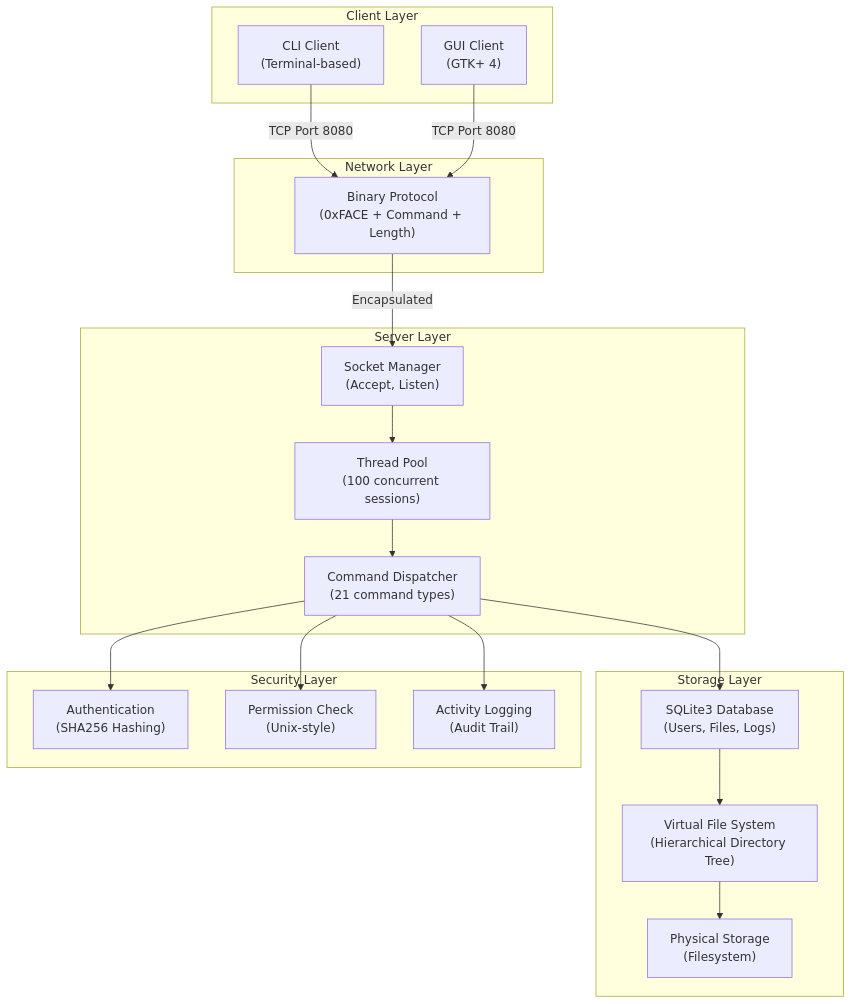
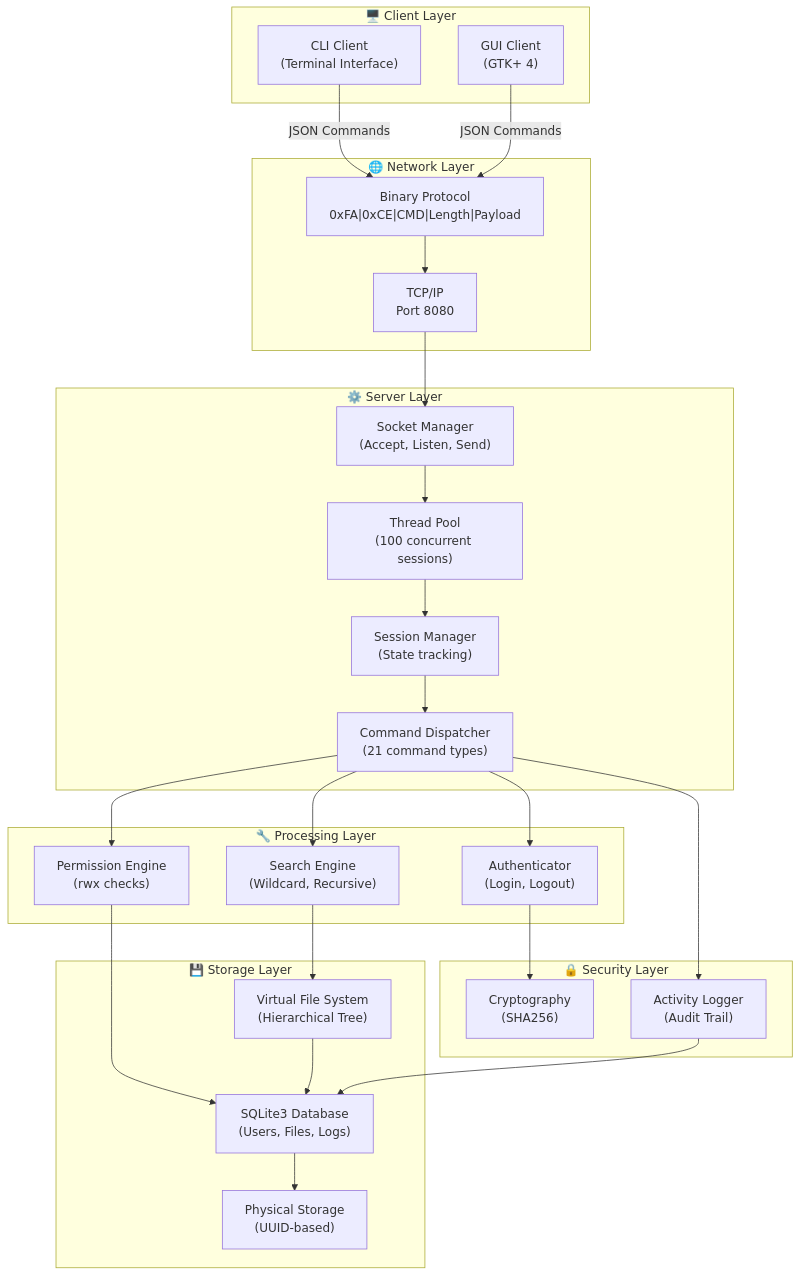
Before and after one commit to luanquangminh/NetworkDemo: the first of 10 diagrams in PROJECT_REPORT.md, drawn with Mermaid. The commit also changed other lines of this file and 37 other files, not shown here.

````diff
--- a/PROJECT_REPORT.md
+++ b/PROJECT_REPORT.md
@@ -49,41 +89,54 @@
 ```mermaid
 graph TB
-    subgraph Clients["Client Layer"]
-        CLI["CLI Client<br/>(Terminal-based)"]
+    subgraph Clients["🖥️ Client Layer"]
+        CLI["CLI Client<br/>(Terminal Interface)"]
         GUI["GUI Client<br/>(GTK+ 4)"]
     end
 
-    subgraph Network["Network Layer"]
-        PROTO["Binary Protocol<br/>(0xFACE + Command + Length)"]
+    subgraph Network["🌐 Network Layer"]
+        PROTO["Binary Protocol<br/>0xFA|0xCE|CMD|Length|Payload"]
+        TCP["TCP/IP<br/>Port 8080"]
     end
 
-    subgraph Server["Server Layer"]
-        SM["Socket Manager<br/>(Accept, Listen)"]
+    subgraph Server["⚙️ Server Layer"]
+        SM["Socket Manager<br/>(Accept, Listen, Send)"]
         TP["Thread Pool<br/>(100 concurrent sessions)"]
         CMD["Command Dispatcher<br/>(21 command types)"]
+        SYS["Session Manager<br/>(State tracking)"]
     end
 
-    subgraph Storage["Storage Layer"]
-        DB["SQLite3 Database<br/>(Users, Files, Logs)"]
-        VFS["Virtual File System<br/>(Hierarchical Directory Tree)"]
-        PHYS["Physical Storage<br/>(Filesystem)"]
+    subgraph Processing["🔧 Processing Layer"]
+        AUTH["Authenticator<br/>(Login, Logout)"]
+        PERM["Permission Engine<br/>(rwx checks)"]
+        SEARCH["Search Engine<br/>(Wildcard, Recursive)"]
     end
 
-    subgraph Security["Security Layer"]
-        AUTH["Authentication<br/>(SHA256 Hashing)"]
-        PERMS["Permission Check<br/>(Unix-style)"]
-        AUDIT["Activity Logging<br/>(Audit Trail)"]
+    subgraph Storage["💾 Storage Layer"]
+        VFS["Virtual File System<br/>(Hierarchical Tree)"]
+        DB["SQLite3 Database<br/>(Users, Files, Logs)"]
+        FS["Physical Storage<br/>(UUID-based)"]
     end
 
-    CLI -->|TCP Port 8080| PROTO
-    GUI -->|TCP Port 8080| PROTO
-    PROTO -->|Encapsulated| SM
+    subgraph Security["🔒 Security Layer"]
+        CRYPTO["Cryptography<br/>(SHA256)"]
+        AUDIT["Activity Logger<br/>(Audit Trail)"]
+    end
+
+    CLI -->|JSON Commands| PROTO
+    GUI -->|JSON Commands| PROTO
+    PROTO --> TCP
+    TCP --> SM
     SM --> TP
-    TP --> CMD
+    TP --> SYS
+    SYS --> CMD
     CMD --> AUTH
-    CMD --> PERMS
+    CMD --> PERM
+    CMD --> SEARCH
+    AUTH --> CRYPTO
+    PERM --> DB
+    SEARCH --> VFS
+    VFS --> DB
+    DB --> FS
     CMD --> AUDIT
-    CMD --> DB
-    DB --> VFS
-    VFS --> PHYS
+    AUDIT --> DB
 ```
````
